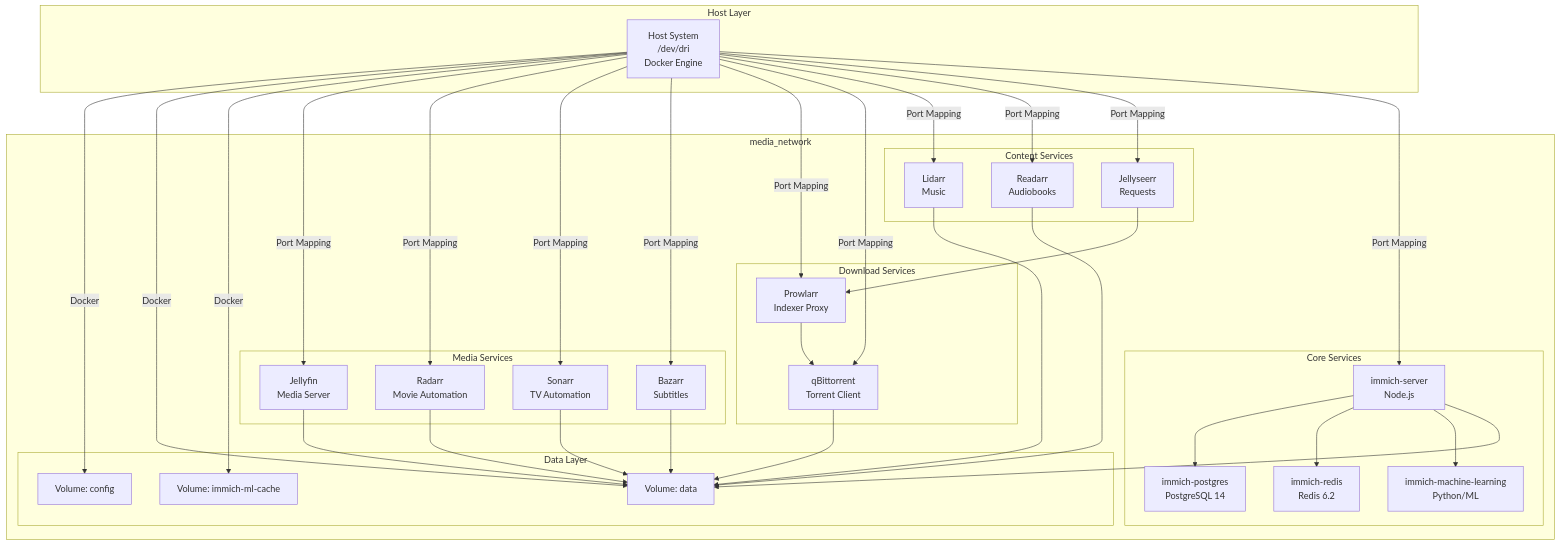
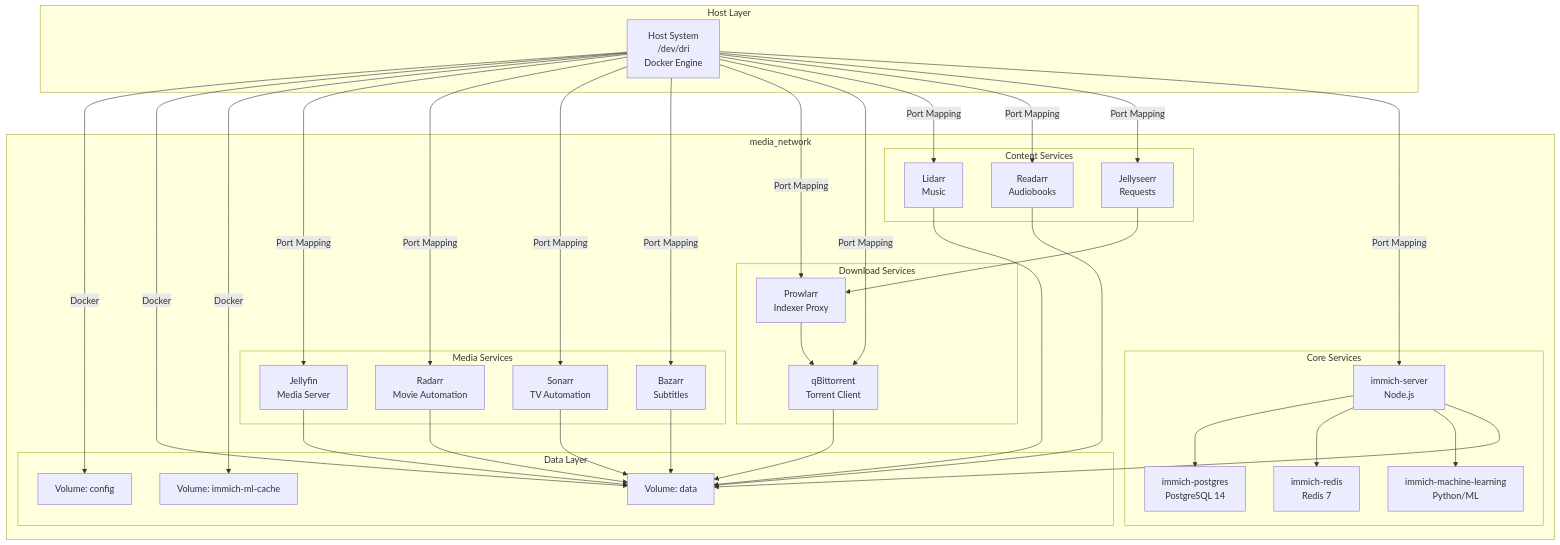
The third of 6 diagrams in Multimedia/MediaStack/README.md (Selio30/imagenesDocker), drawn with Mermaid before and after one commit. The commit also changed other lines of this file, not shown here.

Commit message:
[DOCS] Synchronize Redis version documentation with compose upgrade (v7)

````diff
--- a/Multimedia/MediaStack/README.md
+++ b/Multimedia/MediaStack/README.md
@@ -106,69 +106,69 @@
 ```mermaid
 graph TB
     subgraph "Host Layer"
         H[Host System<br/>/dev/dri<br/>Docker Engine]
     end
 
     subgraph "media_network"
         subgraph "Data Layer"
             V1[Volume: config]
             V2[Volume: data]
             V3[Volume: immich-ml-cache]
         end
 
         subgraph "Core Services"
             DB[immich-postgres<br/>PostgreSQL 14]
-            RC[immich-redis<br/>Redis 6.2]
+            RC[immich-redis<br/>Redis 7]
             ML[immich-machine-learning<br/>Python/ML]
             SRV[immich-server<br/>Node.js]
         end
 
         subgraph "Media Services"
             JF[Jellyfin<br/>Media Server]
             RD[Radarr<br/>Movie Automation]
             SN[Sonarr<br/>TV Automation]
             BZ[Bazarr<br/>Subtitles]
         end
 
         subgraph "Download Services"
             PR[Prowlarr<br/>Indexer Proxy]
             QT[qBittorrent<br/>Torrent Client]
         end
 
         subgraph "Content Services"
             LD[Lidarr<br/>Music]
             RDR[Readarr<br/>Audiobooks]
             OV[Jellyseerr<br/>Requests]
         end
     end
 
     H -->|Docker| V1
     H -->|Docker| V2
     H -->|Docker| V3
     H -->|Port Mapping| JF
     H -->|Port Mapping| RD
     H -->|Port Mapping| SN
     H -->|Port Mapping| BZ
     H -->|Port Mapping| PR
     H -->|Port Mapping| QT
     H -->|Port Mapping| LD
     H -->|Port Mapping| RDR
     H -->|Port Mapping| OV
     H -->|Port Mapping| SRV
 
     SRV --> DB
     SRV --> RC
     SRV --> ML
     SRV --> V2
     
     QT --> V2
     RD --> V2
     SN --> V2
     LD --> V2
     RDR --> V2
     BZ --> V2
     
     JF --> V2
     OV --> PR
     PR --> QT
 ```
````
